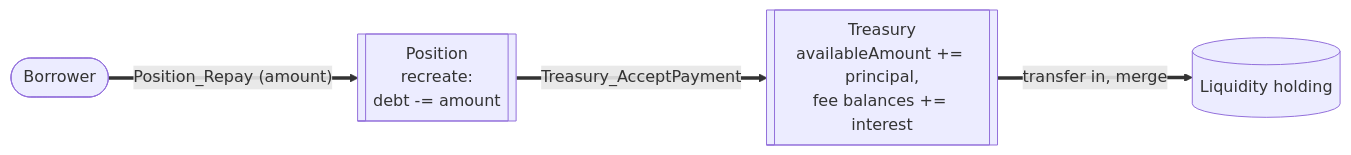
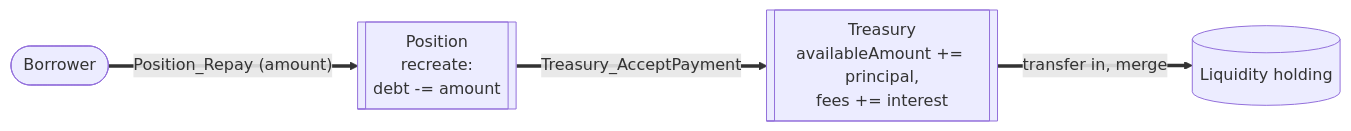
Before and after one commit to OpenZeppelin/canton-specs: the fourth of 7 diagrams in docs/reference-architectures/lending.md, drawn with Mermaid. The commit also changed other lines of this file, not shown here.

````diff
--- a/docs/reference-architectures/lending.md
+++ b/docs/reference-architectures/lending.md
@@ -303,11 +301,11 @@
 ```mermaid
 flowchart LR
     Borrower([Borrower])
     Position[["Position<br/>recreate:<br/>debt -= amount"]]
-    Treasury[["Treasury<br/>availableAmount += principal,<br/>fee balances += interest"]]
+    Treasury[["Treasury<br/>availableAmount += principal,<br/>fees += interest"]]
     Liquidity[("Liquidity holding")]
 
     Borrower ==>|"Position_Repay (amount)"| Position
     Position ==>|"Treasury_AcceptPayment"| Treasury
     Treasury ==>|"transfer in, merge"| Liquidity
 ```
````
